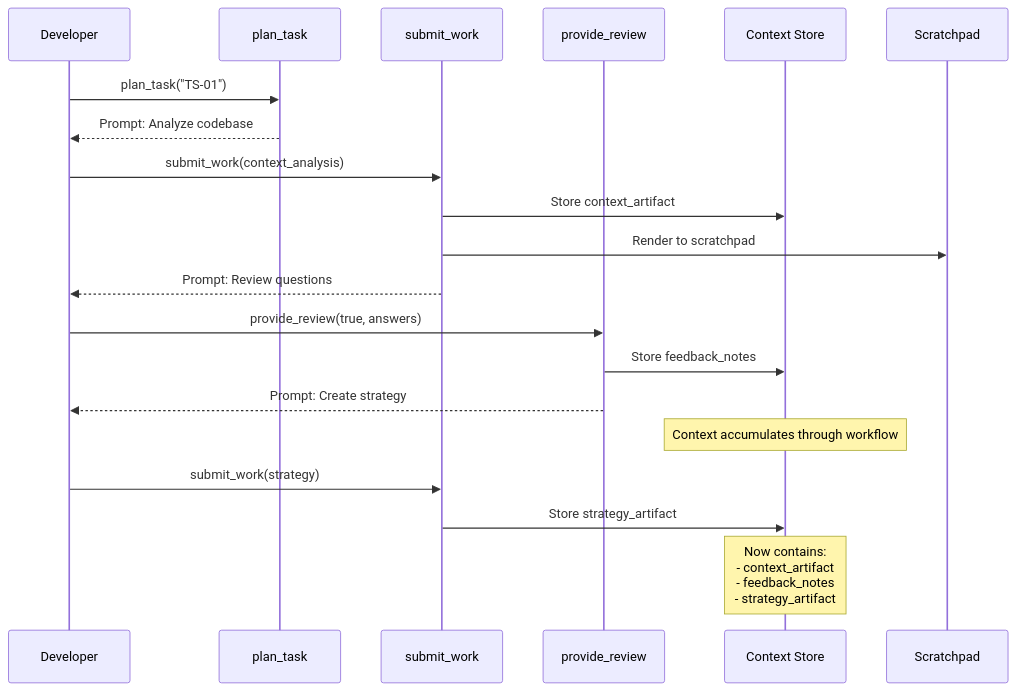
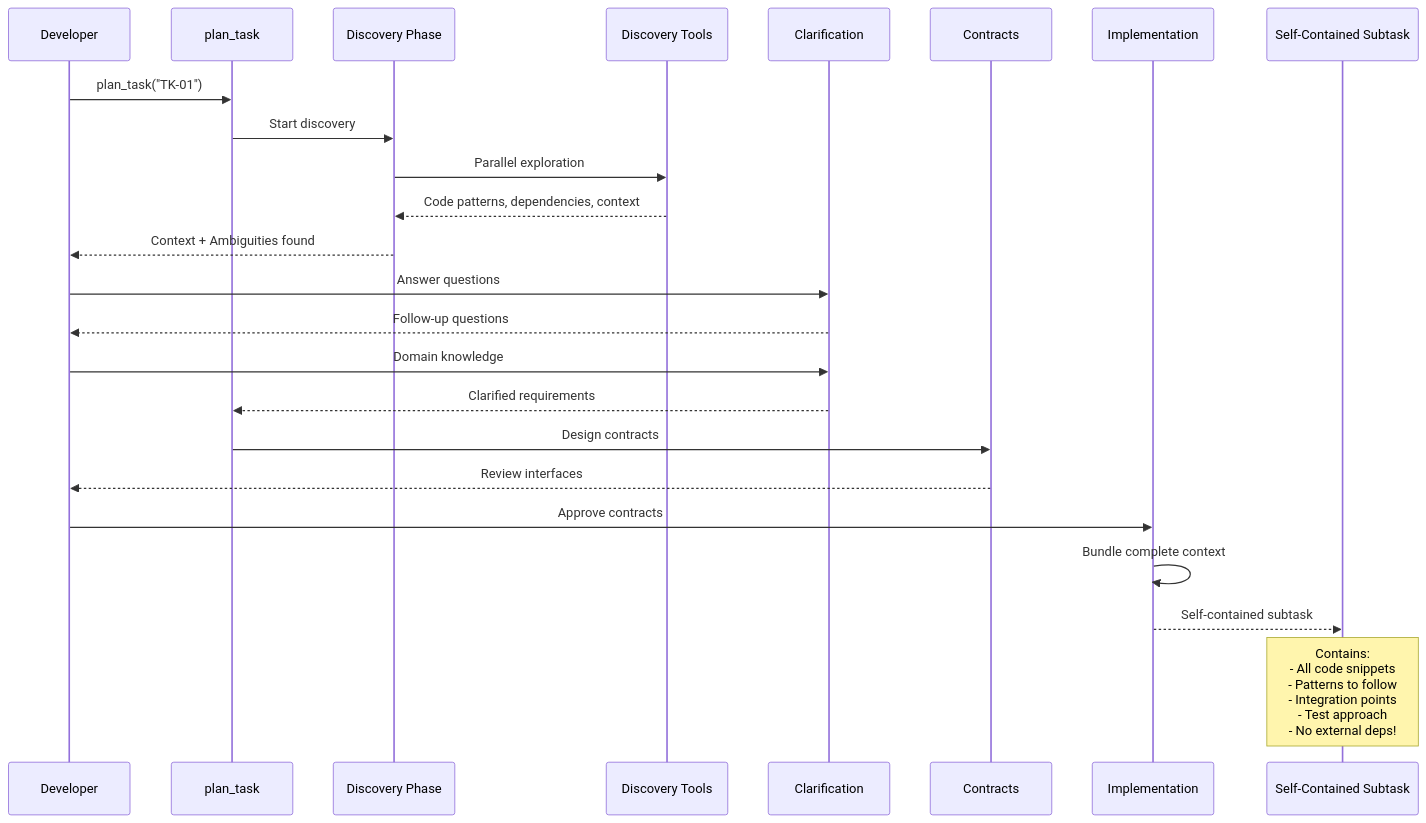
One commit to fahadkaleem/alfred-task-manager changed the third of 3 diagrams in docs/design/plan_task/README.md. Above: the diagram before and after it, drawn with Mermaid. The commit also changed other lines of this file and 177 other files, not shown here.

````diff
--- a/docs/design/plan_task/README.md
+++ b/docs/design/plan_task/README.md
@@ -139,27 +200,32 @@
 ```mermaid
 sequenceDiagram
     participant Dev as Developer
     participant PT as plan_task
-    participant SW as submit_work
-    participant PR as provide_review
-    participant CS as Context Store
-    participant SP as Scratchpad
+    participant Disc as Discovery Phase
+    participant Tools as Discovery Tools
+    participant Clar as Clarification
+    participant Cont as Contracts
+    participant Impl as Implementation
+    participant ST as Self-Contained Subtask
     
-    Dev->>PT: plan_task("TS-01")
-    PT-->>Dev: Prompt: Analyze codebase
+    Dev->>PT: plan_task("TK-01")
+    PT->>Disc: Start discovery
     
-    Dev->>SW: submit_work(context_analysis)
-    SW->>CS: Store context_artifact
-    SW->>SP: Render to scratchpad
-    SW-->>Dev: Prompt: Review questions
+    Disc->>Tools: Parallel exploration
+    Tools-->>Disc: Code patterns, dependencies, context
+    Disc-->>Dev: Context + Ambiguities found
     
-    Dev->>PR: provide_review(true, answers)
-    PR->>CS: Store feedback_notes
-    PR-->>Dev: Prompt: Create strategy
+    Dev->>Clar: Answer questions
+    Clar-->>Dev: Follow-up questions
+    Dev->>Clar: Domain knowledge
+    Clar-->>PT: Clarified requirements
     
-    Note over CS: Context accumulates through workflow
+    PT->>Cont: Design contracts
+    Cont-->>Dev: Review interfaces
     
-    Dev->>SW: submit_work(strategy)
-    SW->>CS: Store strategy_artifact
-    Note over CS: Now contains:<br/>- context_artifact<br/>- feedback_notes<br/>- strategy_artifact
+    Dev->>Impl: Approve contracts
+    Impl->>Impl: Bundle complete context
+    Impl-->>ST: Self-contained subtask
+    
+    Note over ST: Contains:<br/>- All code snippets<br/>- Patterns to follow<br/>- Integration points<br/>- Test approach<br/>- No external deps!
 ```
````
